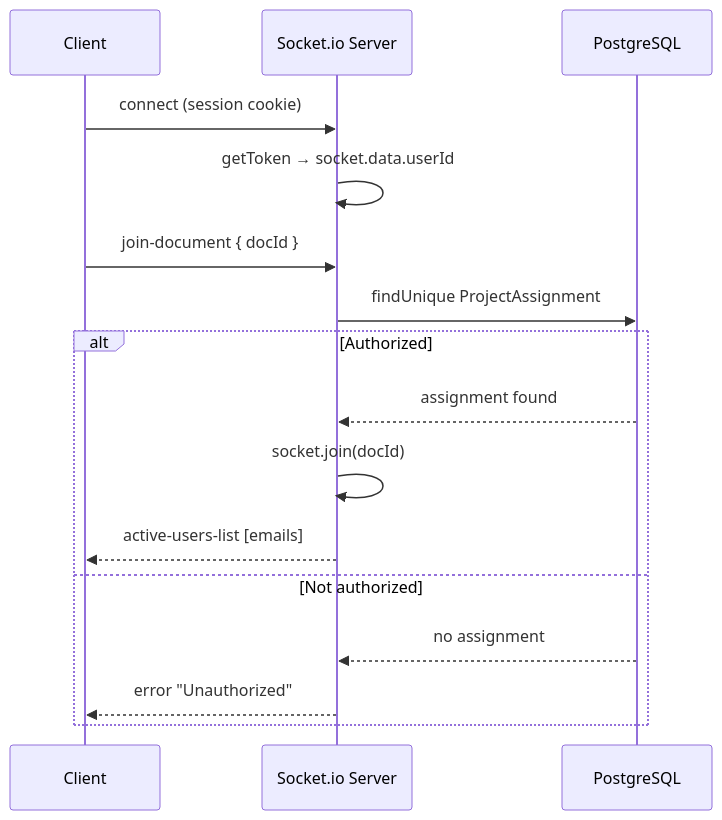
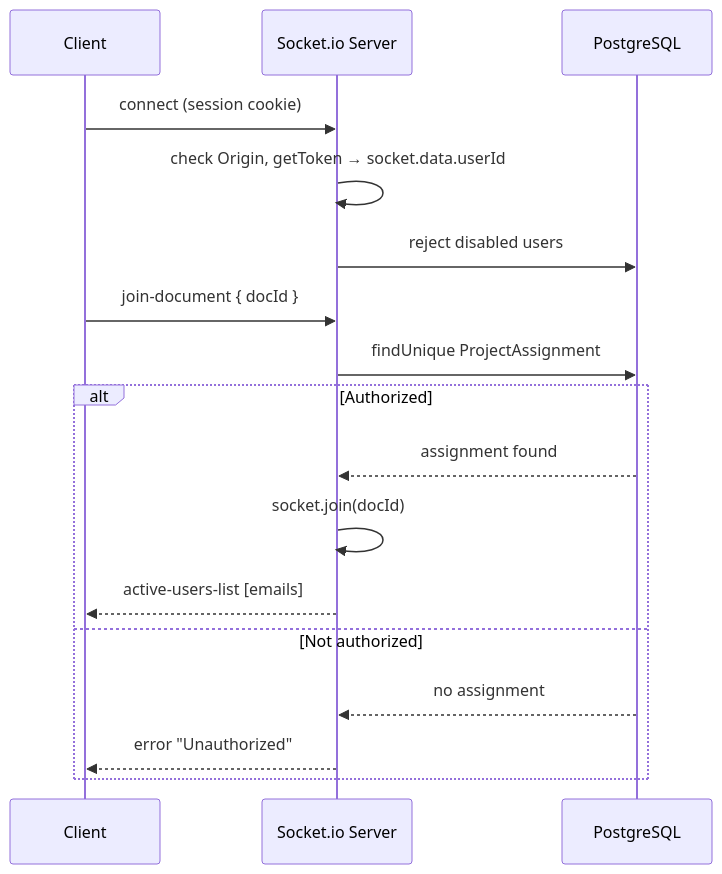
The diagram in docs/docs/techdocs/core-systems/collaboration.md (ISC-HEI/tisc-editor), drawn with Mermaid before and after one commit. The commit also changed other lines of this file and 7 other files, not shown here.

````diff
--- a/docs/docs/techdocs/core-systems/collaboration.md
+++ b/docs/docs/techdocs/core-systems/collaboration.md
@@ -11,19 +11,20 @@
 ```mermaid
 sequenceDiagram
     participant Client
     participant Server as Socket.io Server
     participant DB as PostgreSQL
 
     Client->>Server: connect (session cookie)
-    Server->>Server: getToken → socket.data.userId
+    Server->>Server: check Origin, getToken → socket.data.userId
+    Server->>DB: reject disabled users
     Client->>Server: join-document { docId }
     Server->>DB: findUnique ProjectAssignment
     alt Authorized
         DB-->>Server: assignment found
         Server->>Server: socket.join(docId)
         Server-->>Client: active-users-list [emails]
     else Not authorized
         DB-->>Server: no assignment
         Server-->>Client: error "Unauthorized"
     end
 ```
````
